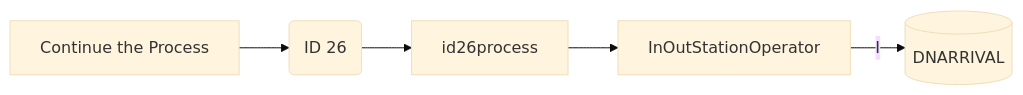
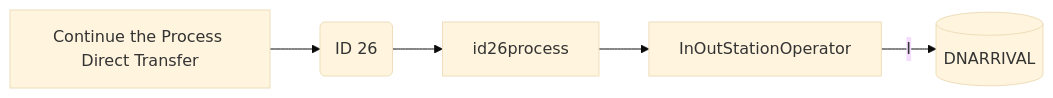
The fifth of 7 diagrams in Basic-Design/DFD-WMS/Storage/Palletizing-Settting/Palletize-Start.md (luthfiadityaa/SimeDarby-Wiki), drawn with Mermaid (base theme) before and after one commit.

Commit message:
Updated Palletize Start

```diff
--- a/Basic-Design/DFD-WMS/Storage/Palletizing-Settting/Palletize-Start.md
+++ b/Basic-Design/DFD-WMS/Storage/Palletizing-Settting/Palletize-Start.md
@@ -417,20 +417,20 @@
 ::: mermaid
 flowchart LR
 
 releaseCommand["
-Continue the Process
+Continue the Process Direct Transfer
 "]
 
 id26msg("
 ID 26
 ")
 
 id26-insert[("
 DNARRIVAL
 ")]
 
 inoutstationoperator[InOutStationOperator]
 
 releaseCommand-->id26msg-->id26process-->inoutstationoperator
 inoutstationoperator--I-->id26-insert
 :::
```
